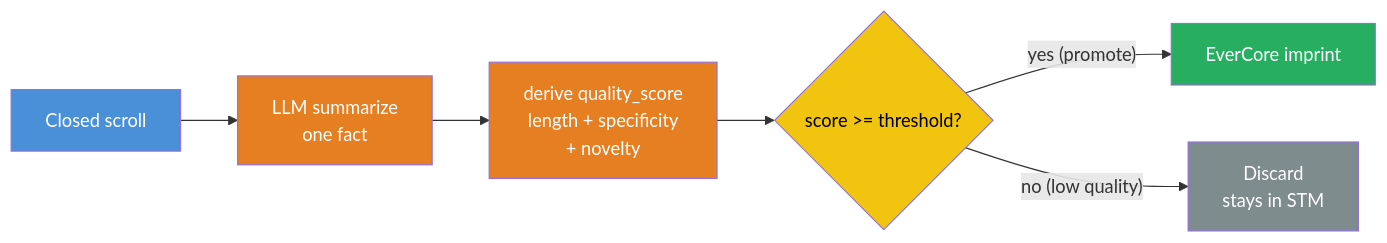
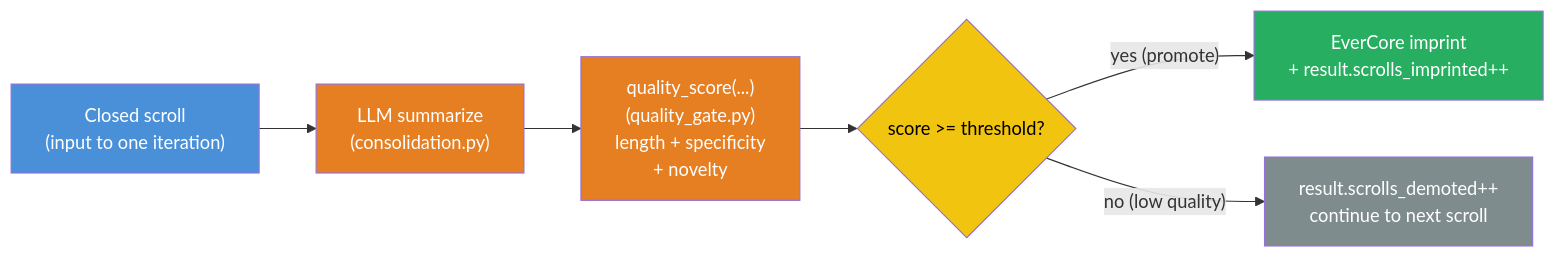
Before and after one commit to shaneliuyx/agent-development-curriculum: the fourth of 18 diagrams in Week 3.5.8 - Two-Tier Memory Architecture.md, drawn with Mermaid. The commit also changed other lines of this file, not shown here.

````diff
--- a/Week 3.5.8 - Two-Tier Memory Architecture.md
+++ b/Week 3.5.8 - Two-Tier Memory Architecture.md
@@ -1274,22 +1281,22 @@
 ```mermaid
 flowchart LR
-    SCR["Closed scroll"]
-    SUM["LLM summarize<br/>one fact"]
-    QS["derive quality_score<br/>length + specificity<br/>+ novelty"]
+    SCR["Closed scroll<br/>(input to one iteration)"]
+    SUM["LLM summarize<br/>(consolidation.py)"]
+    QS["quality_score(...)<br/>(quality_gate.py)<br/>length + specificity<br/>+ novelty"]
     GATE{"score >= threshold?"}
-    IMP["EverCore imprint"]
-    DROP["Discard<br/>stays in STM"]
+    IMP["EverCore imprint<br/>+ result.scrolls_imprinted++"]
+    DROP["result.scrolls_demoted++<br/>continue to next scroll"]
 
     SCR --> SUM
     SUM --> QS
     QS --> GATE
     GATE -->|"yes (promote)"| IMP
     GATE -->|"no (low quality)"| DROP
 
     style SCR fill:#4a90d9,color:#fff
     style SUM fill:#e67e22,color:#fff
     style QS fill:#e67e22,color:#fff
     style GATE fill:#f1c40f,color:#000
     style IMP fill:#27ae60,color:#fff
     style DROP fill:#7f8c8d,color:#fff
 ```
````
